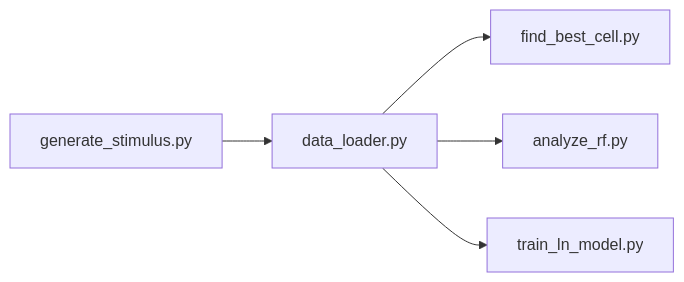
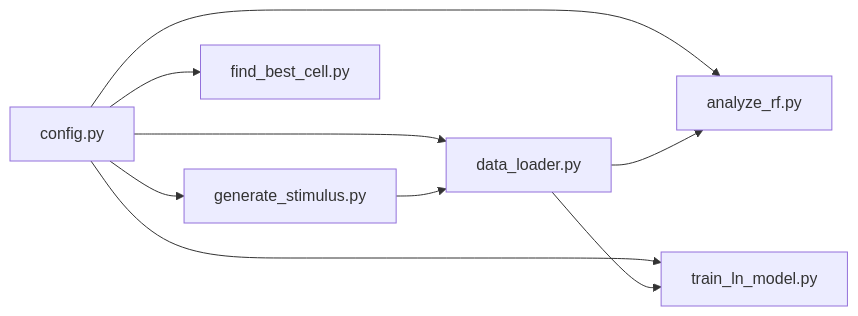
The diagram in README.md (Jonathan-dadcha/Examination-of-Neural-Networks-Based-on-Biological-Retina), drawn with Mermaid before and after one commit. The commit also changed other lines of this file and 10 other files, not shown here.

````diff
--- a/README.md
+++ b/README.md
@@ -77,7 +77,11 @@
 ```mermaid
 flowchart LR
-    A[generate_stimulus.py] --> B[data_loader.py]
-    B --> C[find_best_cell.py]
-    B --> D[analyze_rf.py]
-    B --> E[train_ln_model.py]
+    CFG[config.py] --> A[generate_stimulus.py]
+    CFG --> B[data_loader.py]
+    CFG --> C[find_best_cell.py]
+    CFG --> D[analyze_rf.py]
+    CFG --> E[train_ln_model.py]
+    A --> B
+    B --> D
+    B --> E
 ```
````
